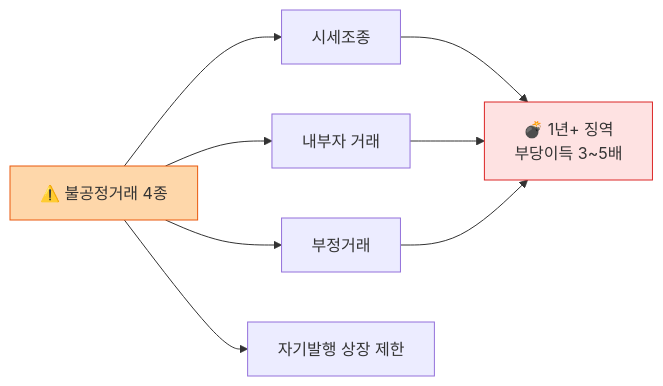
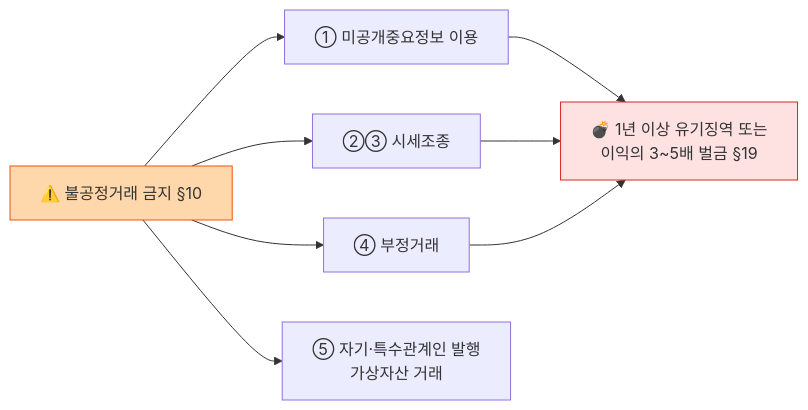
Before and after one commit to lala-david/aml-notes: the first of 3 diagrams in curriculum/day_11.md, drawn with Mermaid. The commit also changed other lines of this file and 233 other files, not shown here.

````diff
--- a/curriculum/day_11.md
+++ b/curriculum/day_11.md
@@ -13,10 +13,10 @@
 ```mermaid
 flowchart LR
-    M["⚠️ 불공정거래 4종"] --> MM["시세조종"]
-    M --> IT["내부자 거래"]
-    M --> F["부정거래"]
-    M --> SL["자기발행 상장 제한"]
-    MM & IT & F --> P["💣 1년+ 징역<br/>부당이득 3~5배"]
+    M["⚠️ 불공정거래 금지 §10"] --> IT["① 미공개중요정보 이용"]
+    M --> MM["②③ 시세조종"]
+    M --> F["④ 부정거래"]
+    M --> SL["⑤ 자기·특수관계인 발행<br/>가상자산 거래"]
+    IT & MM & F --> P["💣 1년 이상 유기징역 또는<br/>이익의 3~5배 벌금 §19"]
     style M fill:#fed7aa,stroke:#ea580c
     style P fill:#fee2e2,stroke:#dc2626
 ```
````
